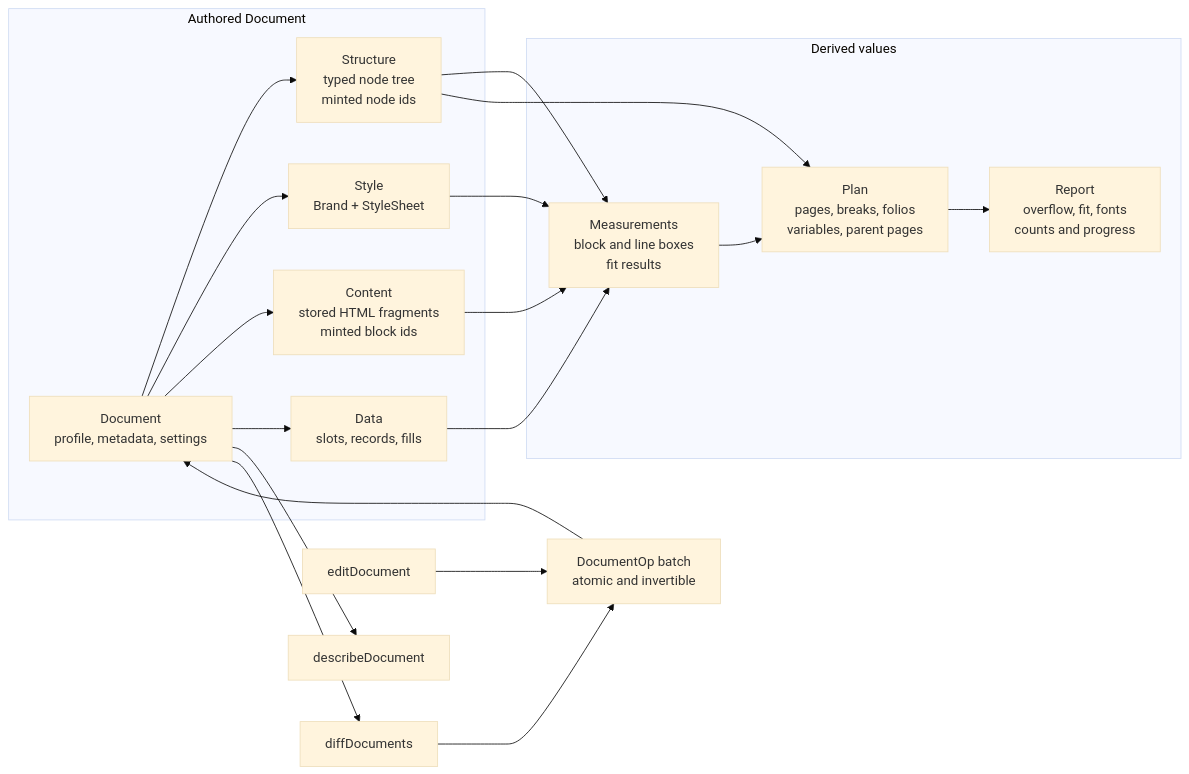
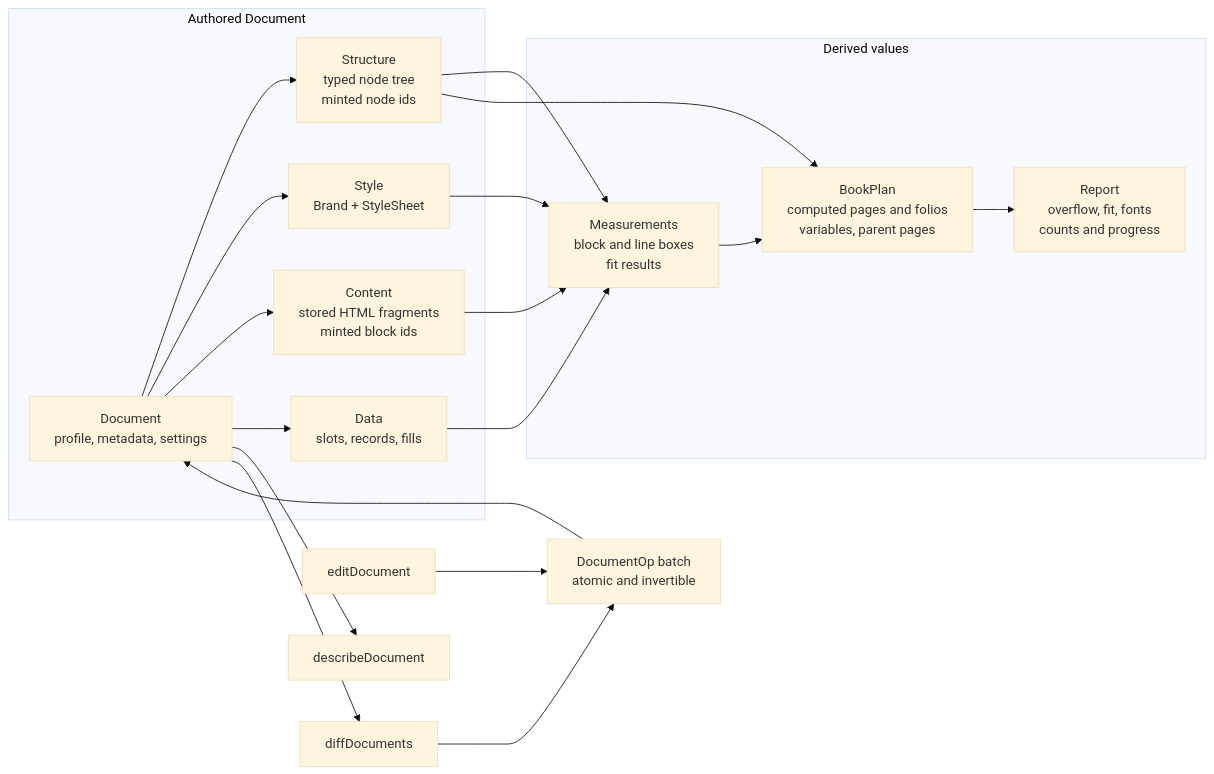
Before and after one commit to modstudio/segnavia: the first of 3 diagrams in docs/architecture.md, drawn with Mermaid (base theme). The commit also changed other lines of this file and 38 other files, not shown here.

First line of the commit message:
SEGNA-398 Save and replay a book's pagination plan (#304)

````diff
--- a/docs/architecture.md
+++ b/docs/architecture.md
@@ -1596,33 +1596,33 @@
 ```mermaid
 flowchart LR
   subgraph Authored[Authored Document]
     DOC[Document<br/>profile, metadata, settings]
     STRUCT[Structure<br/>typed node tree<br/>minted node ids]
     STYLE[Style<br/>Brand + StyleSheet]
     CONTENT[Content<br/>stored HTML fragments<br/>minted block ids]
     DATA[Data<br/>slots, records, fills]
     DOC --> STRUCT
     DOC --> STYLE
     DOC --> CONTENT
     DOC --> DATA
   end
 
   subgraph Derived[Derived values]
     MEASURE[Measurements<br/>block and line boxes<br/>fit results]
-    PLAN[Plan<br/>pages, breaks, folios<br/>variables, parent pages]
+    PLAN[BookPlan<br/>computed pages and folios<br/>variables, parent pages]
     REPORT[Report<br/>overflow, fit, fonts<br/>counts and progress]
     MEASURE --> PLAN --> REPORT
   end
 
   STRUCT --> MEASURE
   STYLE --> MEASURE
   CONTENT --> MEASURE
   DATA --> MEASURE
   STRUCT --> PLAN
 
   OPS[DocumentOp batch<br/>atomic and invertible] --> DOC
   EDIT[editDocument] --> OPS
   DOC --> DESCRIBE[describeDocument]
   DOC --> DIFF[diffDocuments]
   DIFF --> OPS
 ```
````
